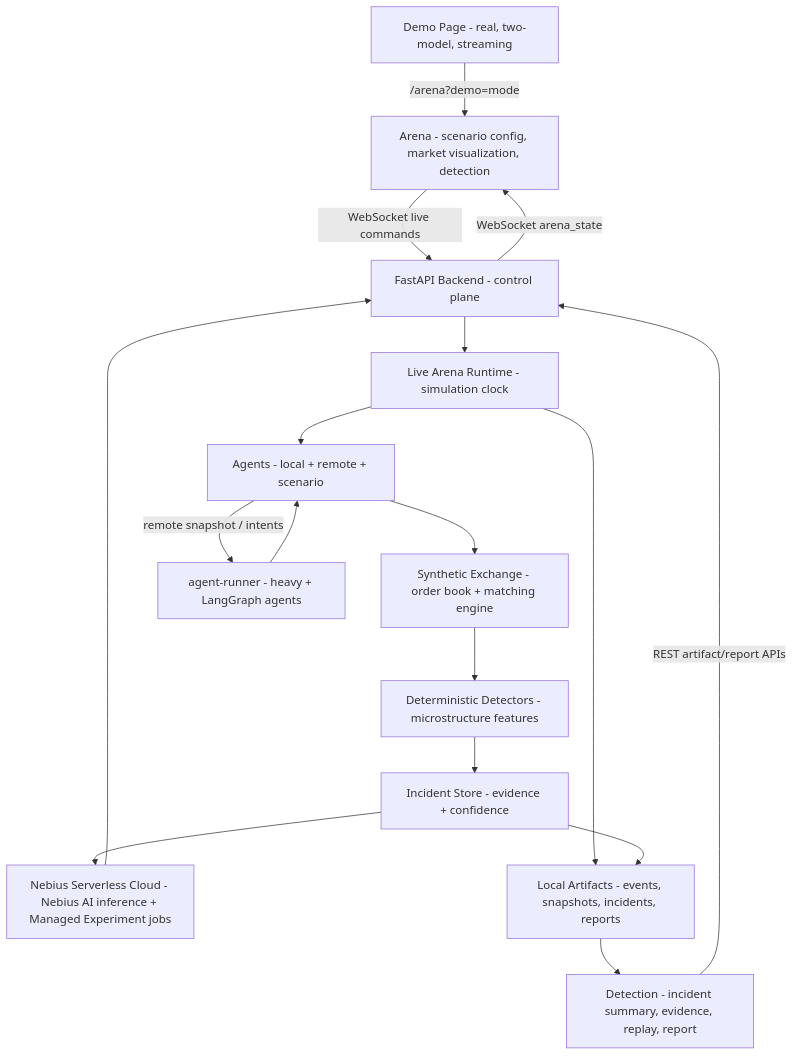
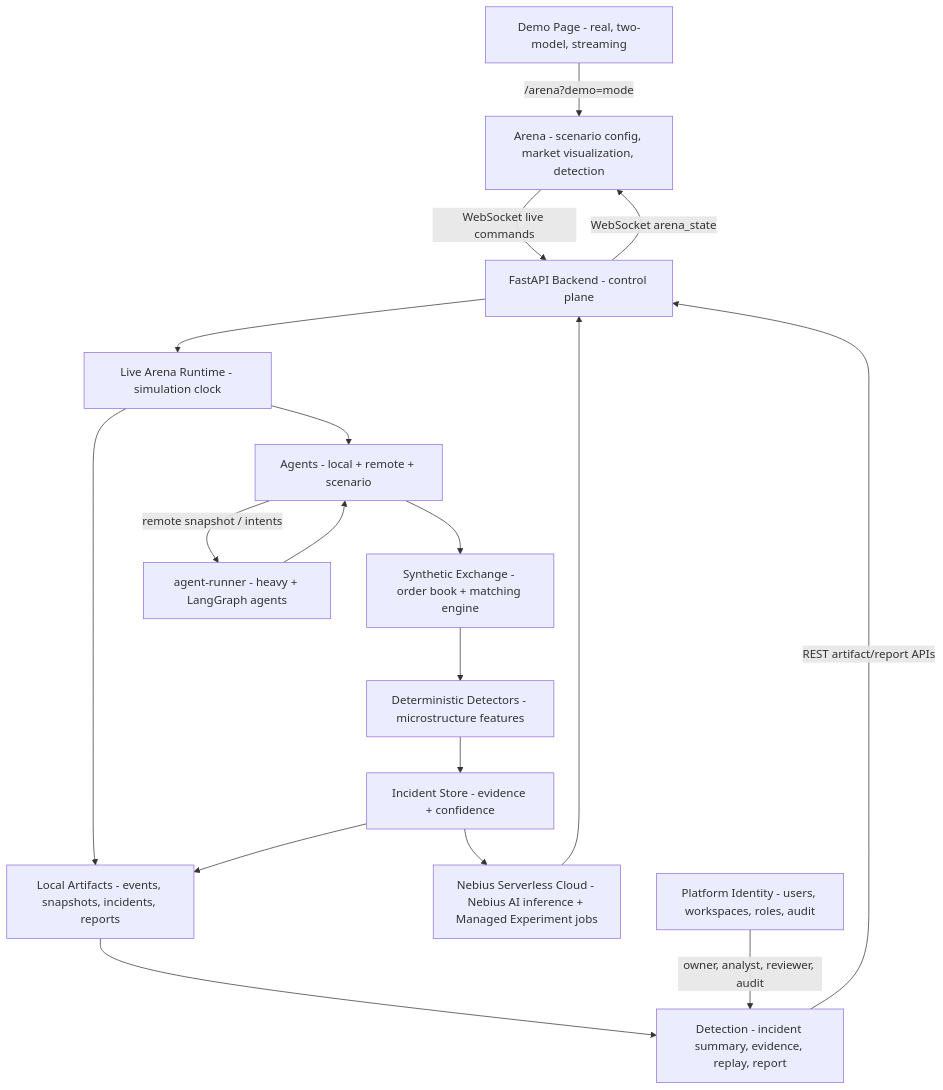
The second of 8 diagrams in docs/architecture/ARD-0001-overall-architecture.md (khab40/aimada), drawn with Mermaid before and after one commit. The commit also changed other lines of this file and 20 other files, not shown here.

````diff
--- a/docs/architecture/ARD-0001-overall-architecture.md
+++ b/docs/architecture/ARD-0001-overall-architecture.md
@@ -62,32 +66,34 @@
 ```mermaid
 graph TD
     Demo["Demo Page - real, two-model, streaming"]
     Arena["Arena - scenario config, market visualization, detection"]
     Detection["Detection - incident summary, evidence, replay, report"]
     Backend["FastAPI Backend - control plane"]
     Runtime["Live Arena Runtime - simulation clock"]
     Exchange["Synthetic Exchange - order book + matching engine"]
     Agents["Agents - local + remote + scenario"]
     Runner["agent-runner - heavy + LangGraph agents"]
     Detectors["Deterministic Detectors - microstructure features"]
     Incidents["Incident Store - evidence + confidence"]
+    Identity["Platform Identity - users, workspaces, roles, audit"]
     Endpoint["Nebius Serverless Cloud - Nebius AI inference + Managed Experiment jobs"]
     Store["Local Artifacts - events, snapshots, incidents, reports"]
 
     Demo -->|/arena?demo=mode| Arena
     Arena -->|WebSocket live commands| Backend
     Backend -->|WebSocket arena_state| Arena
     Detection -->|REST artifact/report APIs| Backend
     Backend --> Runtime
     Runtime --> Agents
     Agents -->|remote snapshot / intents| Runner
     Runner --> Agents
     Agents --> Exchange
     Exchange --> Detectors
     Detectors --> Incidents
     Incidents --> Endpoint
     Endpoint --> Backend
     Runtime --> Store
     Incidents --> Store
     Store --> Detection
+    Identity -->|owner, analyst, reviewer, audit| Detection
 ```
````
